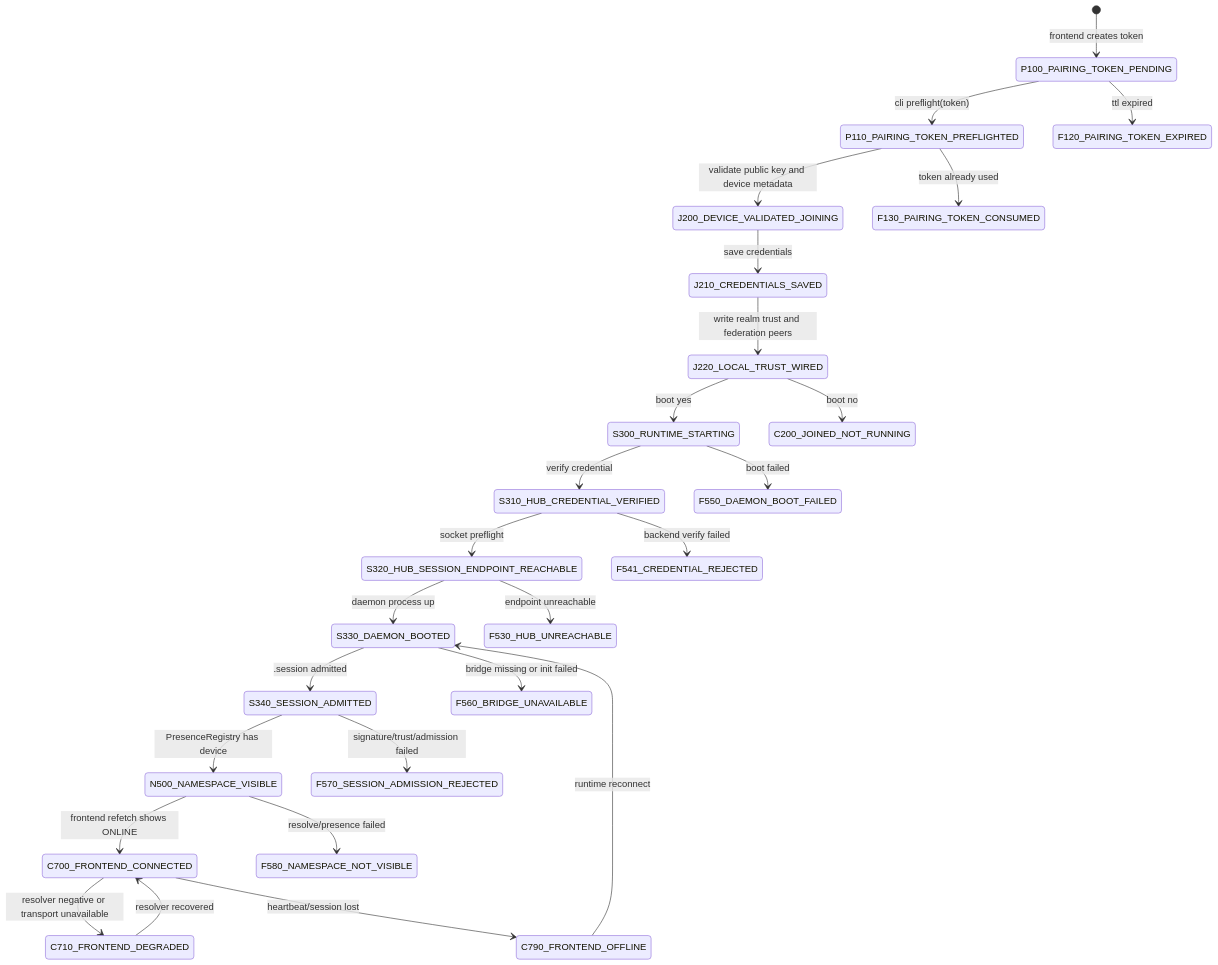
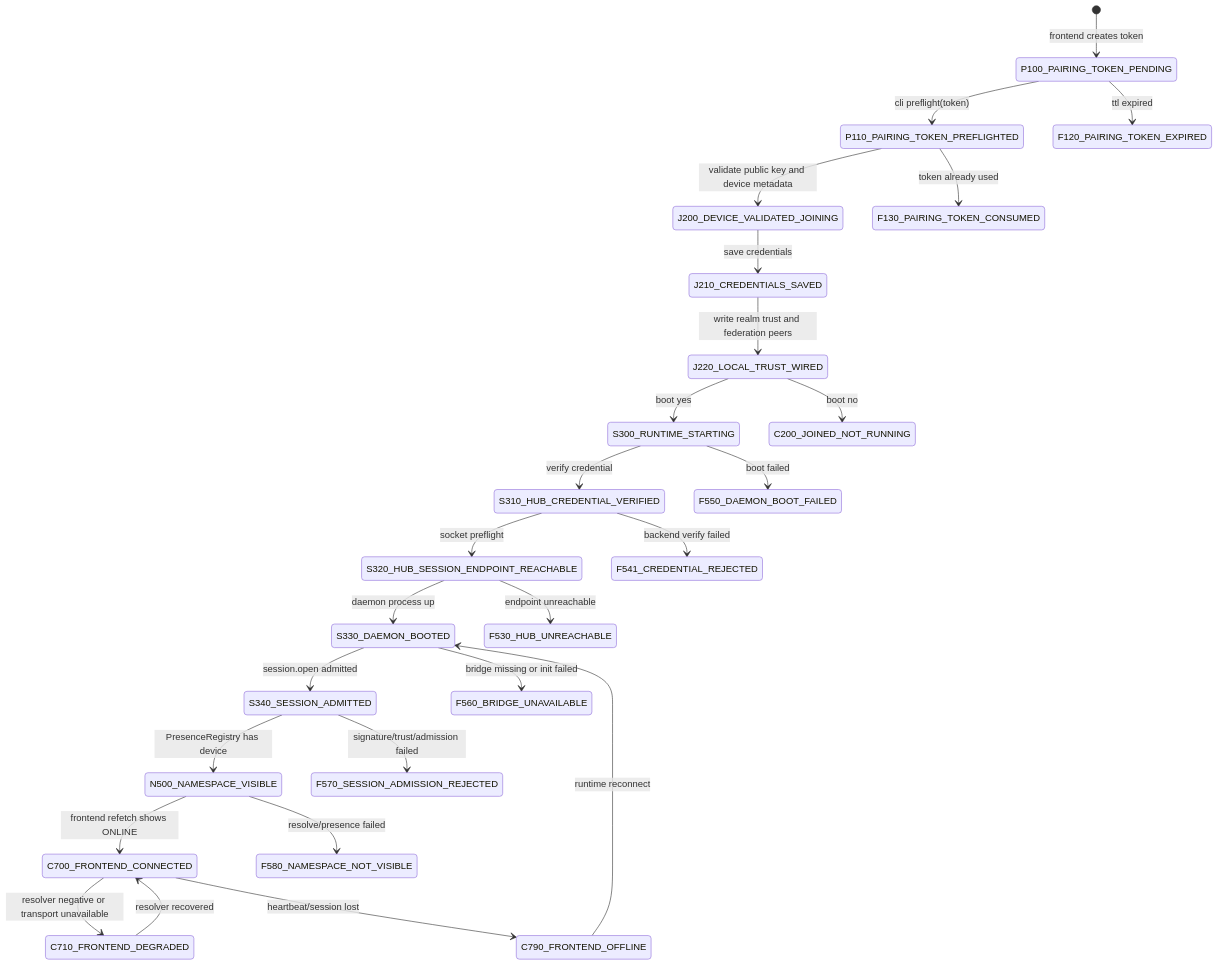
One commit to EasyRemote/EasyNet-Cli changed the first of 7 diagrams in docs/状态机器/easynet-state-machines.md. Above: the diagram before and after it, drawn with Mermaid. The commit also changed other lines of this file and 196 other files, not shown here.

````diff
--- a/docs/状态机器/easynet-state-machines.md
+++ b/docs/状态机器/easynet-state-machines.md
@@ -79,28 +79,28 @@
 ```mermaid
 stateDiagram-v2
     [*] --> P100_PAIRING_TOKEN_PENDING: frontend creates token
     P100_PAIRING_TOKEN_PENDING --> P110_PAIRING_TOKEN_PREFLIGHTED: cli preflight(token)
     P100_PAIRING_TOKEN_PENDING --> F120_PAIRING_TOKEN_EXPIRED: ttl expired
     P110_PAIRING_TOKEN_PREFLIGHTED --> J200_DEVICE_VALIDATED_JOINING: validate public key and device metadata
     P110_PAIRING_TOKEN_PREFLIGHTED --> F130_PAIRING_TOKEN_CONSUMED: token already used
     J200_DEVICE_VALIDATED_JOINING --> J210_CREDENTIALS_SAVED: save credentials
     J210_CREDENTIALS_SAVED --> J220_LOCAL_TRUST_WIRED: write realm trust and federation peers
     J220_LOCAL_TRUST_WIRED --> S300_RUNTIME_STARTING: boot yes
     J220_LOCAL_TRUST_WIRED --> C200_JOINED_NOT_RUNNING: boot no
     S300_RUNTIME_STARTING --> S310_HUB_CREDENTIAL_VERIFIED: verify credential
     S310_HUB_CREDENTIAL_VERIFIED --> S320_HUB_SESSION_ENDPOINT_REACHABLE: socket preflight
     S320_HUB_SESSION_ENDPOINT_REACHABLE --> S330_DAEMON_BOOTED: daemon process up
-    S330_DAEMON_BOOTED --> S340_SESSION_ADMITTED: <self>.session admitted
+    S330_DAEMON_BOOTED --> S340_SESSION_ADMITTED: session.open admitted
     S340_SESSION_ADMITTED --> N500_NAMESPACE_VISIBLE: PresenceRegistry has device
     N500_NAMESPACE_VISIBLE --> C700_FRONTEND_CONNECTED: frontend refetch shows ONLINE
     S300_RUNTIME_STARTING --> F550_DAEMON_BOOT_FAILED: boot failed
     S310_HUB_CREDENTIAL_VERIFIED --> F541_CREDENTIAL_REJECTED: backend verify failed
     S320_HUB_SESSION_ENDPOINT_REACHABLE --> F530_HUB_UNREACHABLE: endpoint unreachable
     S330_DAEMON_BOOTED --> F560_BRIDGE_UNAVAILABLE: bridge missing or init failed
     S340_SESSION_ADMITTED --> F570_SESSION_ADMISSION_REJECTED: signature/trust/admission failed
     N500_NAMESPACE_VISIBLE --> F580_NAMESPACE_NOT_VISIBLE: resolve/presence failed
     C700_FRONTEND_CONNECTED --> C710_FRONTEND_DEGRADED: resolver negative or transport unavailable
     C710_FRONTEND_DEGRADED --> C700_FRONTEND_CONNECTED: resolver recovered
     C700_FRONTEND_CONNECTED --> C790_FRONTEND_OFFLINE: heartbeat/session lost
     C790_FRONTEND_OFFLINE --> S330_DAEMON_BOOTED: runtime reconnect
 ```
````
